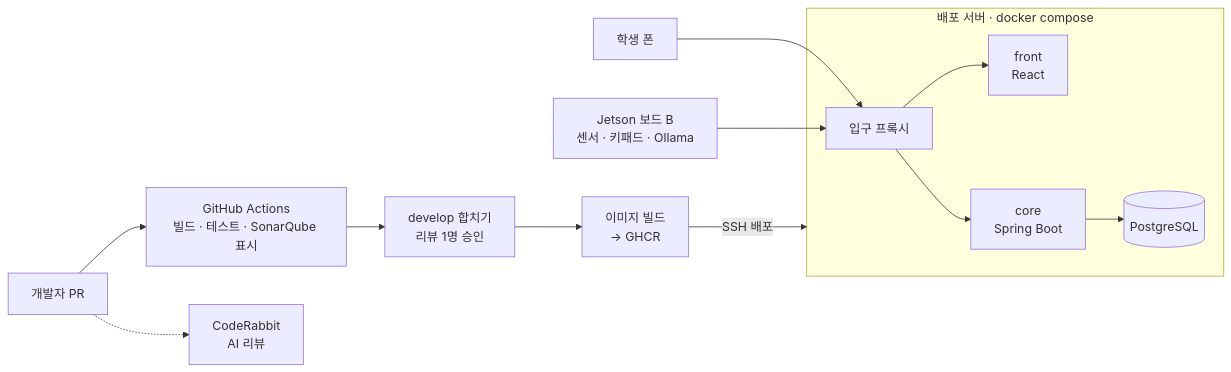
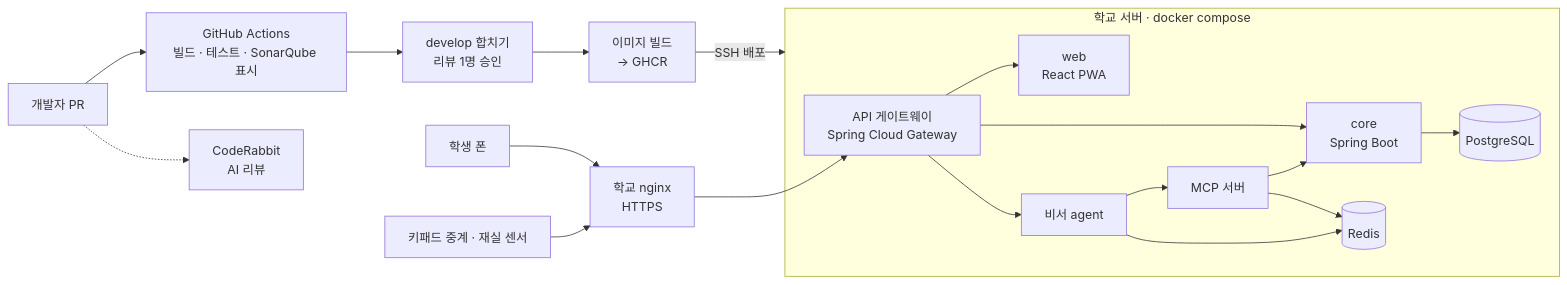
One commit to AI-go-do/docs changed the first of 2 diagrams in infra/infra-cicd.md. Above: the diagram before and after it, drawn with Mermaid. The commit also changed other lines of this file and 1 other file, not shown here.

````diff
--- a/infra/infra-cicd.md
+++ b/infra/infra-cicd.md
@@ -7,17 +7,22 @@
 ```mermaid
 flowchart LR
     dev[개발자 PR] --> ci[GitHub Actions<br/>빌드 · 테스트 · SonarQube 표시]
     dev -.-> cr[CodeRabbit<br/>AI 리뷰]
     ci --> merge[develop 합치기<br/>리뷰 1명 승인]
     merge --> img[이미지 빌드<br/>→ GHCR]
     img -->|SSH 배포| srv
 
-    subgraph srv[배포 서버 · docker compose]
-        gw[입구 프록시] --> front[front<br/>React]
+    subgraph srv[학교 서버 · docker compose]
+        gw[API 게이트웨이<br/>Spring Cloud Gateway] --> front[web<br/>React PWA]
         gw --> core[core<br/>Spring Boot]
+        gw --> agent[비서 agent]
+        agent --> mcp[MCP 서버]
+        mcp --> core
+        agent --> redis[(Redis)]
+        mcp --> redis
         core --> db[(PostgreSQL)]
     end
 
-    phone[학생 폰] --> gw
-    jetson[Jetson 보드 B<br/>센서 · 키패드 · Ollama] --> gw
+    phone[학생 폰] --> ngx[학교 nginx<br/>HTTPS] --> gw
+    dev2[키패드 중계 · 재실 센서] --> ngx
 ```
````
